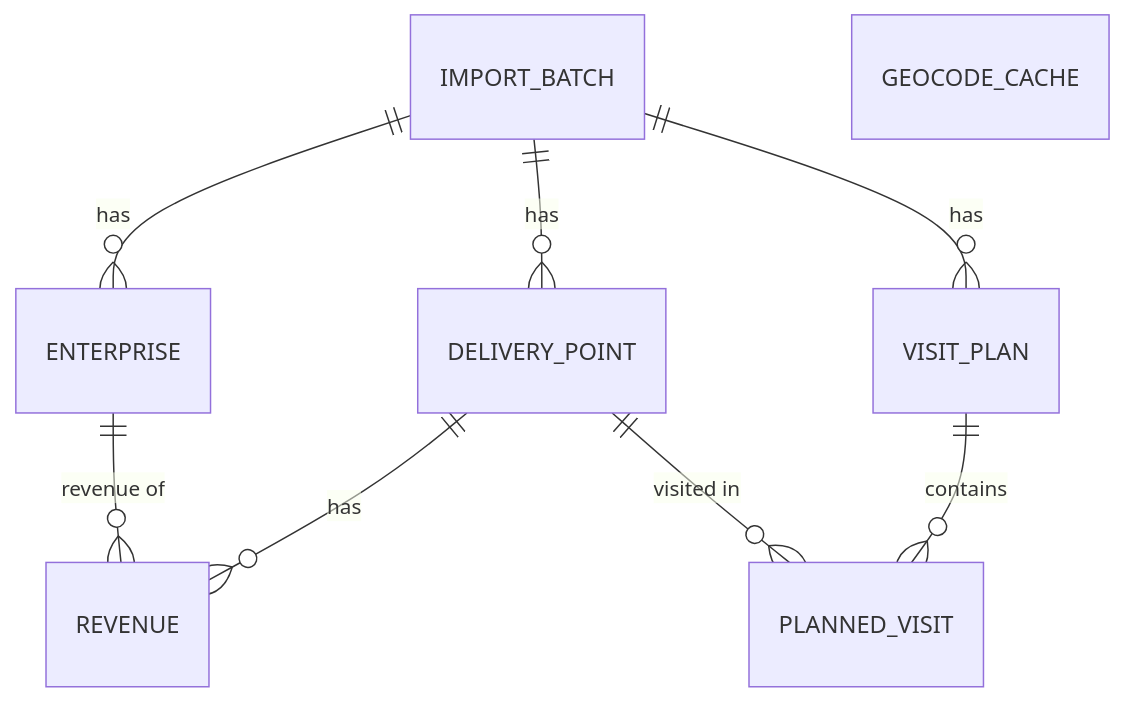
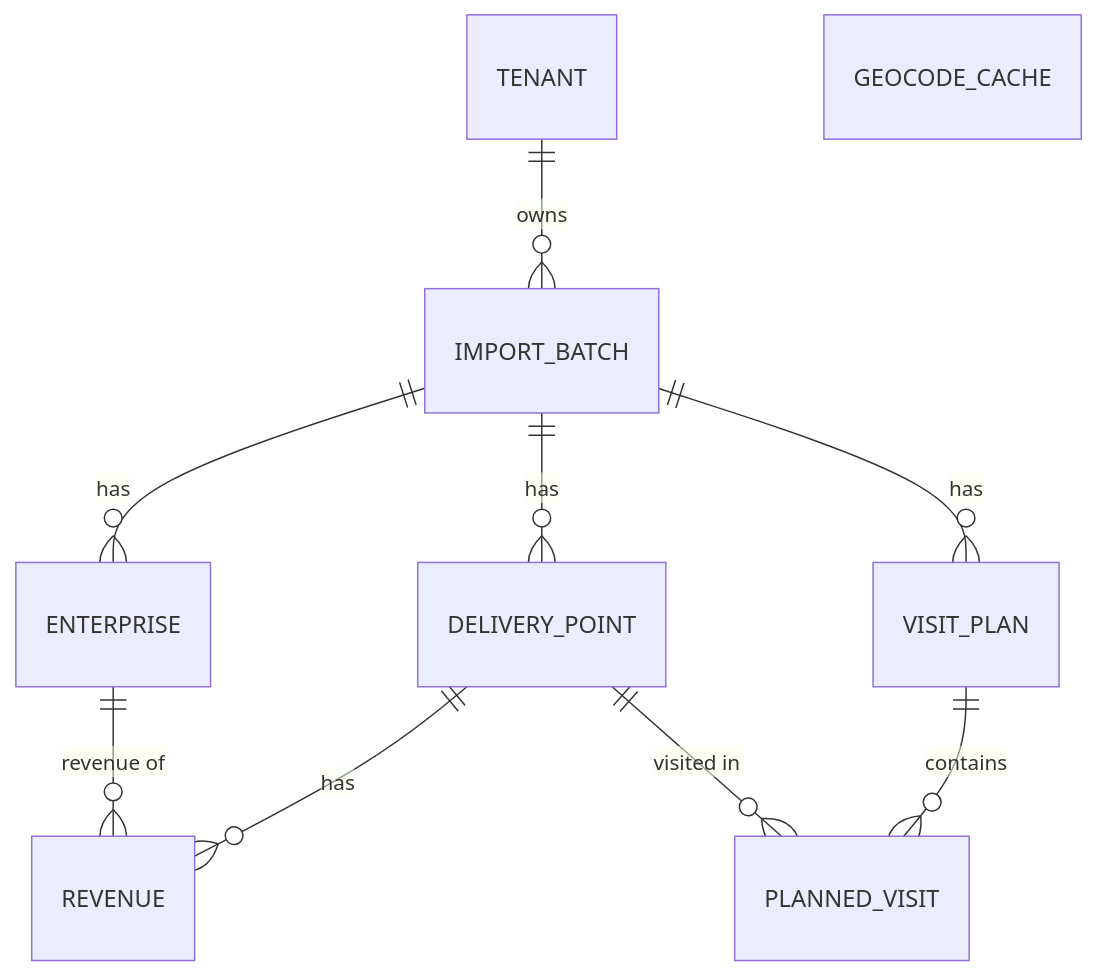
One commit to RiccardoPuccetti/2142227_VisitWise changed the fourth of 4 diagrams in booklets/architecture/ARCHITECTURE.md. Above: the diagram before and after it, drawn with Mermaid. The commit also changed other lines of this file and 3 other files, not shown here.

````diff
--- a/booklets/architecture/ARCHITECTURE.md
+++ b/booklets/architecture/ARCHITECTURE.md
@@ -58,11 +59,12 @@
 ```mermaid
 erDiagram
+  TENANT ||--o{ IMPORT_BATCH : owns
   IMPORT_BATCH ||--o{ ENTERPRISE : has
   IMPORT_BATCH ||--o{ DELIVERY_POINT : has
   DELIVERY_POINT ||--o{ REVENUE : has
   ENTERPRISE ||--o{ REVENUE : "revenue of"
   IMPORT_BATCH ||--o{ VISIT_PLAN : has
   VISIT_PLAN ||--o{ PLANNED_VISIT : contains
   DELIVERY_POINT ||--o{ PLANNED_VISIT : "visited in"
   GEOCODE_CACHE
 ```
````
